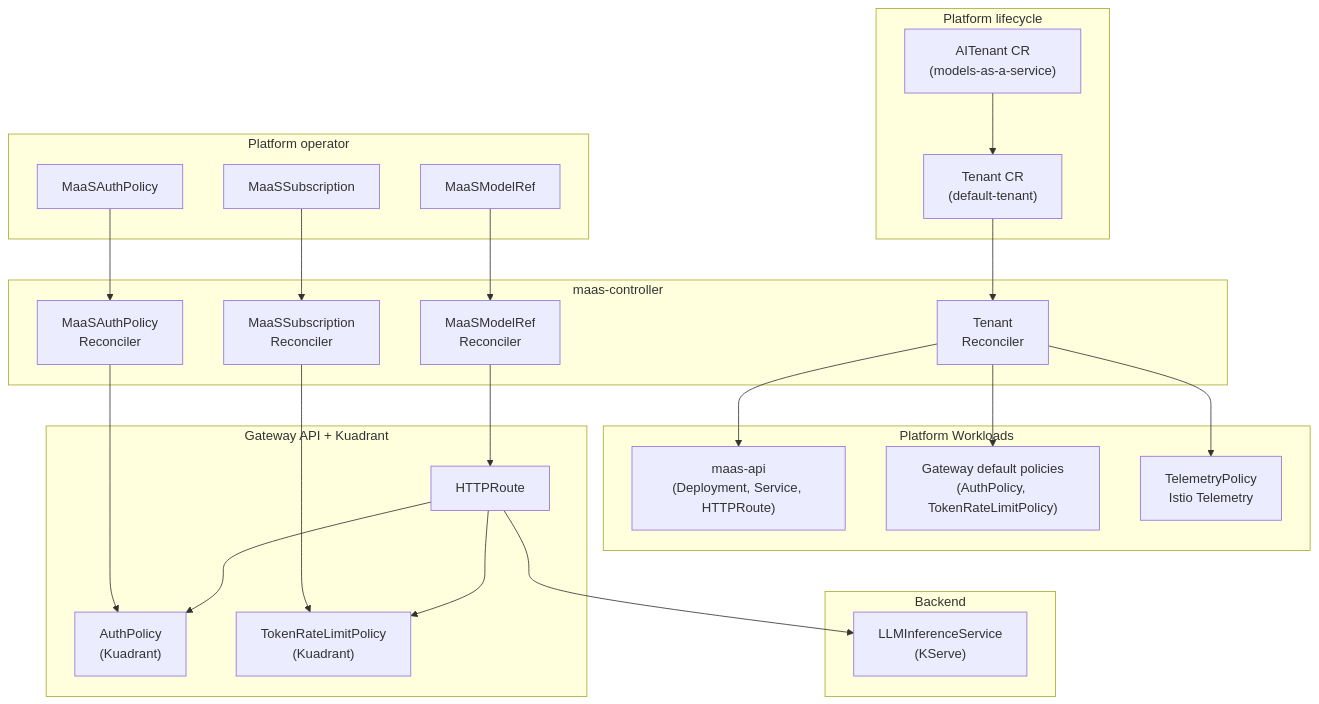
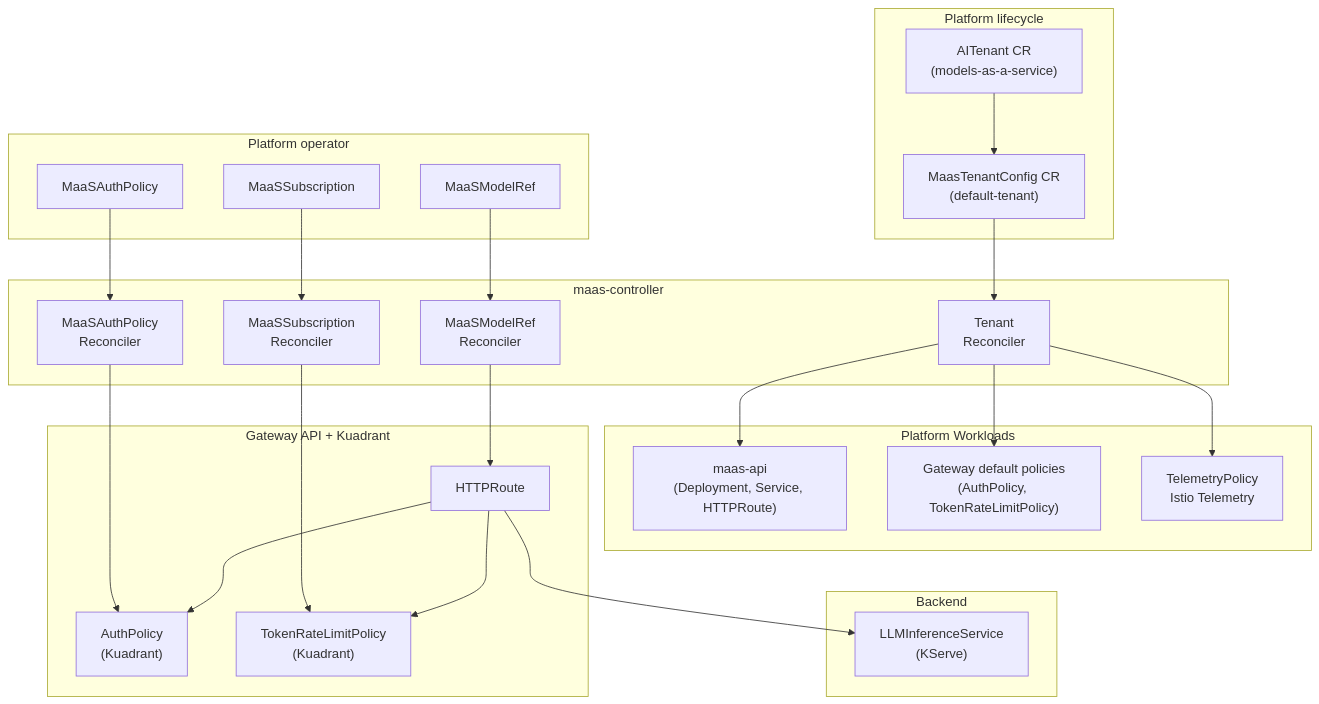
One commit to SB159/maas-billing changed the first of 4 diagrams in docs/content/architecture-internals/controller-architecture.md. Above: the diagram before and after it, drawn with Mermaid. The commit also changed other lines of this file and 63 other files, not shown here.

First line of the commit message:
feat: migrate tenant config to MaasTenantConfig (#1083)

````diff
--- a/docs/content/architecture-internals/controller-architecture.md
+++ b/docs/content/architecture-internals/controller-architecture.md
@@ -44,54 +44,54 @@
 ```mermaid
 flowchart TB
     subgraph Platform["Platform lifecycle"]
         AITenant["AITenant CR\n(models-as-a-service)"]
-        Tenant["Tenant CR\n(default-tenant)"]
+        Tenant["MaasTenantConfig CR\n(default-tenant)"]
     end
 
     subgraph Operator["Platform operator"]
         MaaSModelRef["MaaSModelRef"]
         MaaSAuthPolicy["MaaSAuthPolicy"]
         MaaSSubscription["MaaSSubscription"]
     end
 
     subgraph Controller["maas-controller"]
         TenantReconciler["Tenant\nReconciler"]
         ModelReconciler["MaaSModelRef\nReconciler"]
         AuthReconciler["MaaSAuthPolicy\nReconciler"]
         SubReconciler["MaaSSubscription\nReconciler"]
     end
 
     subgraph PlatformWorkloads["Platform Workloads"]
         MaaSAPI["maas-api\n(Deployment, Service, HTTPRoute)"]
         GatewayPolicies["Gateway default policies\n(AuthPolicy, TokenRateLimitPolicy)"]
         Telemetry["TelemetryPolicy\nIstio Telemetry"]
     end
 
     subgraph GatewayStack["Gateway API + Kuadrant"]
         HTTPRoute["HTTPRoute"]
         AuthPolicy["AuthPolicy\n(Kuadrant)"]
         TokenRateLimitPolicy["TokenRateLimitPolicy\n(Kuadrant)"]
     end
 
     subgraph Backend["Backend"]
         LLMIS["LLMInferenceService\n(KServe)"]
     end
 
     AITenant --> Tenant
     Tenant --> TenantReconciler
     TenantReconciler --> MaaSAPI
     TenantReconciler --> GatewayPolicies
     TenantReconciler --> Telemetry
 
     MaaSModelRef --> ModelReconciler
     MaaSAuthPolicy --> AuthReconciler
     MaaSSubscription --> SubReconciler
 
     ModelReconciler --> HTTPRoute
     AuthReconciler --> AuthPolicy
     SubReconciler --> TokenRateLimitPolicy
 
     HTTPRoute --> AuthPolicy
     HTTPRoute --> TokenRateLimitPolicy
     HTTPRoute --> LLMIS
 ```
````
